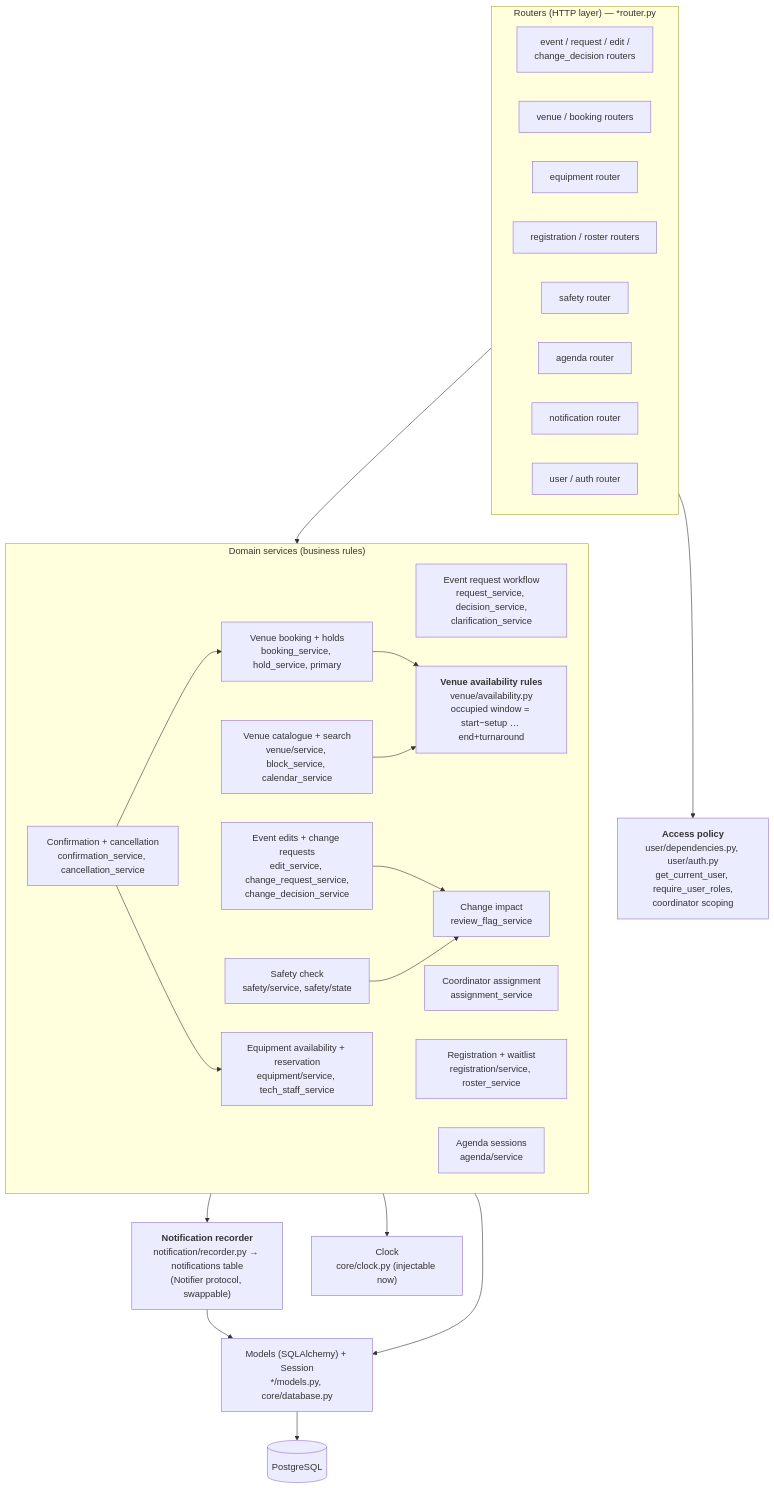
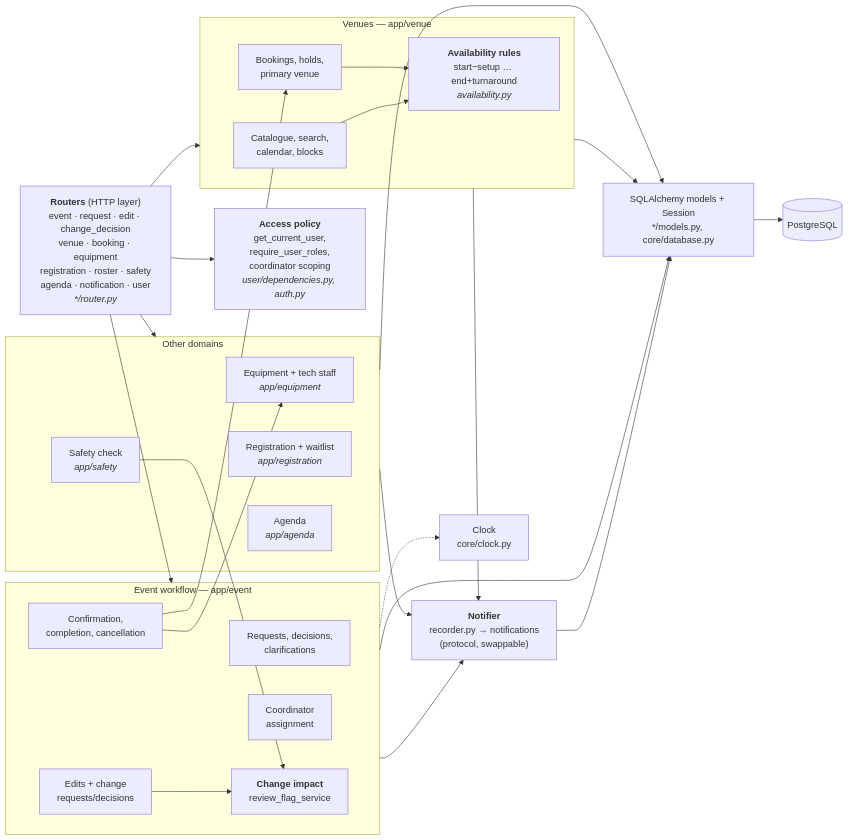
One commit to gwxndolyn/connectsphere-event-planner changed the third of 5 diagrams in docs/c4/README.md. Above: the diagram before and after it, drawn with Mermaid. The commit also changed other lines of this file and 1 other file, not shown here.

Commit message:
docs(SCRUM-148): readable c3 and data model diagrams, update submission status

````diff
--- a/docs/c4/README.md
+++ b/docs/c4/README.md
@@ -70,46 +70,47 @@
 ```mermaid
-flowchart TB
-    subgraph Routers["Routers (HTTP layer) — *router.py"]
-        R_EVT["event / request / edit /<br/>change_decision routers"]
-        R_VEN["venue / booking routers"]
-        R_EQ["equipment router"]
-        R_REG["registration / roster routers"]
-        R_SAF["safety router"]
-        R_AG["agenda router"]
-        R_NOT["notification router"]
-        R_USR["user / auth router"]
+flowchart LR
+    R["<b>Routers</b> (HTTP layer)<br/>event · request · edit · change_decision<br/>venue · booking · equipment<br/>registration · roster · safety<br/>agenda · notification · user<br/><i>*/router.py</i>"]
+    ACC["<b>Access policy</b><br/>get_current_user,<br/>require_user_roles,<br/>coordinator scoping<br/><i>user/dependencies.py, auth.py</i>"]
+    subgraph EV["Event workflow — app/event"]
+        S_REQ["Requests, decisions,<br/>clarifications"]
+        S_ASG["Coordinator<br/>assignment"]
+        S_EDIT["Edits + change<br/>requests/decisions"]
+        S_CONF["Confirmation,<br/>completion, cancellation"]
+        S_IMP["<b>Change impact</b><br/>review_flag_service"]
     end
-    ACC["<b>Access policy</b><br/>user/dependencies.py, user/auth.py<br/>get_current_user, require_user_roles,<br/>coordinator scoping"]
-    subgraph Services["Domain services (business rules)"]
-        S_REQ["Event request workflow<br/>request_service, decision_service,<br/>clarification_service"]
-        S_ASG["Coordinator assignment<br/>assignment_service"]
-        S_EDIT["Event edits + change requests<br/>edit_service, change_request_service,<br/>change_decision_service"]
-        S_IMP["Change impact<br/>review_flag_service"]
-        S_CONF["Confirmation + cancellation<br/>confirmation_service, cancellation_service"]
-        S_SAF["Safety check<br/>safety/service, safety/state"]
-        S_VEN["Venue catalogue + search<br/>venue/service, block_service, calendar_service"]
-        S_BOOK["Venue booking + holds<br/>booking_service, hold_service, primary"]
-        S_AV["<b>Venue availability rules</b><br/>venue/availability.py<br/>occupied window = start−setup … end+turnaround"]
-        S_EQ["Equipment availability + reservation<br/>equipment/service, tech_staff_service"]
-        S_REG["Registration + waitlist<br/>registration/service, roster_service"]
-        S_AG["Agenda sessions<br/>agenda/service"]
+    subgraph VN["Venues — app/venue"]
+        S_VEN["Catalogue, search,<br/>calendar, blocks"]
+        S_BOOK["Bookings, holds,<br/>primary venue"]
+        S_AV["<b>Availability rules</b><br/>start−setup … end+turnaround<br/><i>availability.py</i>"]
     end
-    NOTI["<b>Notification recorder</b><br/>notification/recorder.py → notifications table<br/>(Notifier protocol, swappable)"]
-    CLK["Clock<br/>core/clock.py (injectable now)"]
-    ORM["Models (SQLAlchemy) + Session<br/>*/models.py, core/database.py"]
+    subgraph OT["Other domains"]
+        S_EQ["Equipment + tech staff<br/><i>app/equipment</i>"]
+        S_REG["Registration + waitlist<br/><i>app/registration</i>"]
+        S_SAF["Safety check<br/><i>app/safety</i>"]
+        S_AG["Agenda<br/><i>app/agenda</i>"]
+    end
+    NOTI["<b>Notifier</b><br/>recorder.py → notifications<br/>(protocol, swappable)"]
+    CLK["Clock<br/>core/clock.py"]
+    ORM["SQLAlchemy models + Session<br/>*/models.py, core/database.py"]
     DB[("PostgreSQL")]
 
-    Routers --> ACC
-    Routers --> Services
-    S_BOOK --> S_AV
-    S_VEN --> S_AV
+    R --> ACC
+    R --> EV
+    R --> VN
+    R --> OT
     S_EDIT --> S_IMP
     S_SAF --> S_IMP
     S_CONF --> S_BOOK
     S_CONF --> S_EQ
-    Services --> NOTI
-    Services --> CLK
-    Services --> ORM
+    S_VEN --> S_AV
+    S_BOOK --> S_AV
+    EV --> NOTI
+    VN --> NOTI
+    OT --> NOTI
+    EV --> ORM
+    VN --> ORM
+    OT --> ORM
+    EV -.-> CLK
     NOTI --> ORM
     ORM --> DB
 ```
````
